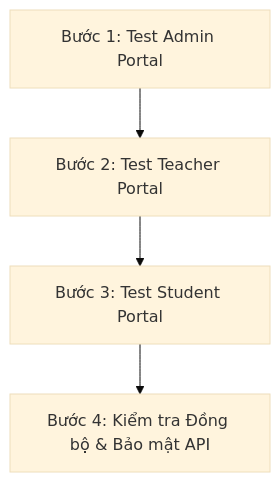
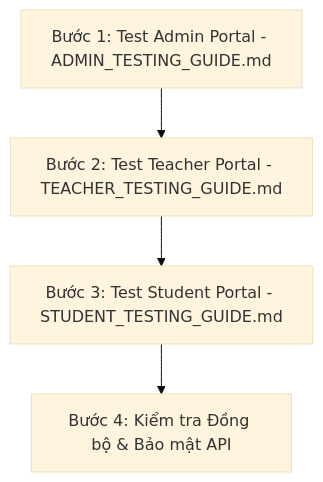
The diagram in docs/FULL_SYSTEM_FEATURES.md (QLong02012004/ClassRoom-), drawn with Mermaid (base theme) before and after one commit. The commit also changed other lines of this file and 44 other files, not shown here.

````diff
--- a/docs/FULL_SYSTEM_FEATURES.md
+++ b/docs/FULL_SYSTEM_FEATURES.md
@@ -211,6 +227,6 @@
 ```mermaid
 flowchart TD
-    A[Bước 1: Test Admin Portal] --> B[Bước 2: Test Teacher Portal]
-    B --> C[Bước 3: Test Student Portal]
+    A[Bước 1: Test Admin Portal - ADMIN_TESTING_GUIDE.md] --> B[Bước 2: Test Teacher Portal - TEACHER_TESTING_GUIDE.md]
+    B --> C[Bước 3: Test Student Portal - STUDENT_TESTING_GUIDE.md]
     C --> D[Bước 4: Kiểm tra Đồng bộ & Bảo mật API]
 ```
````
